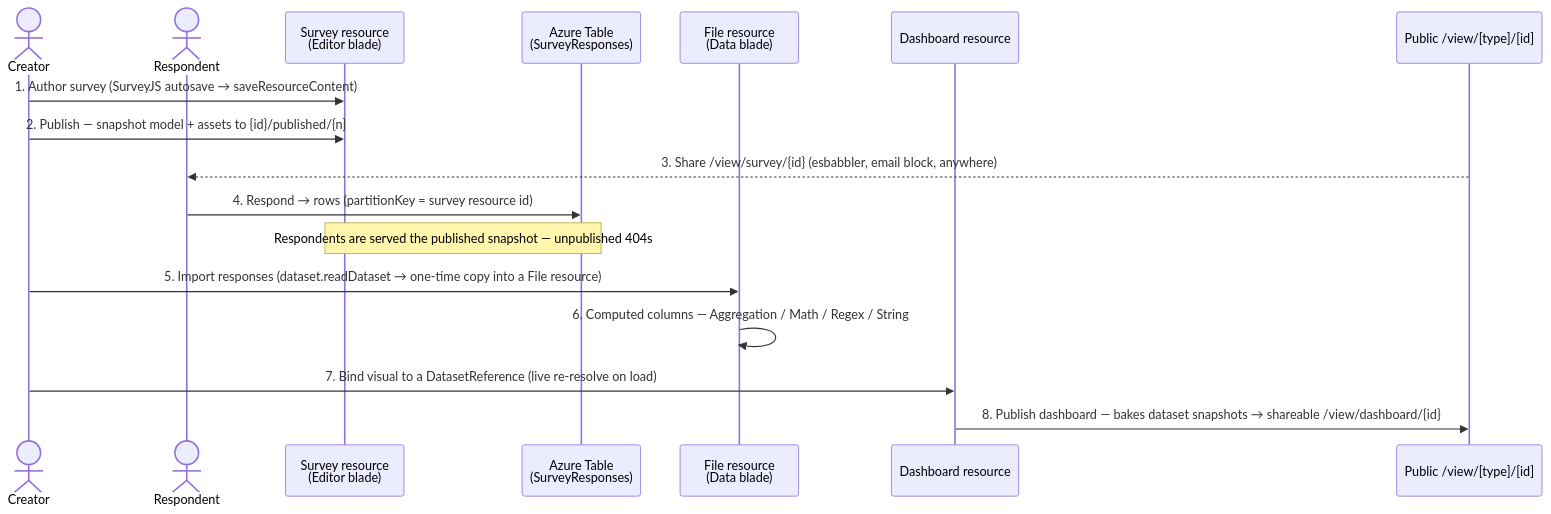
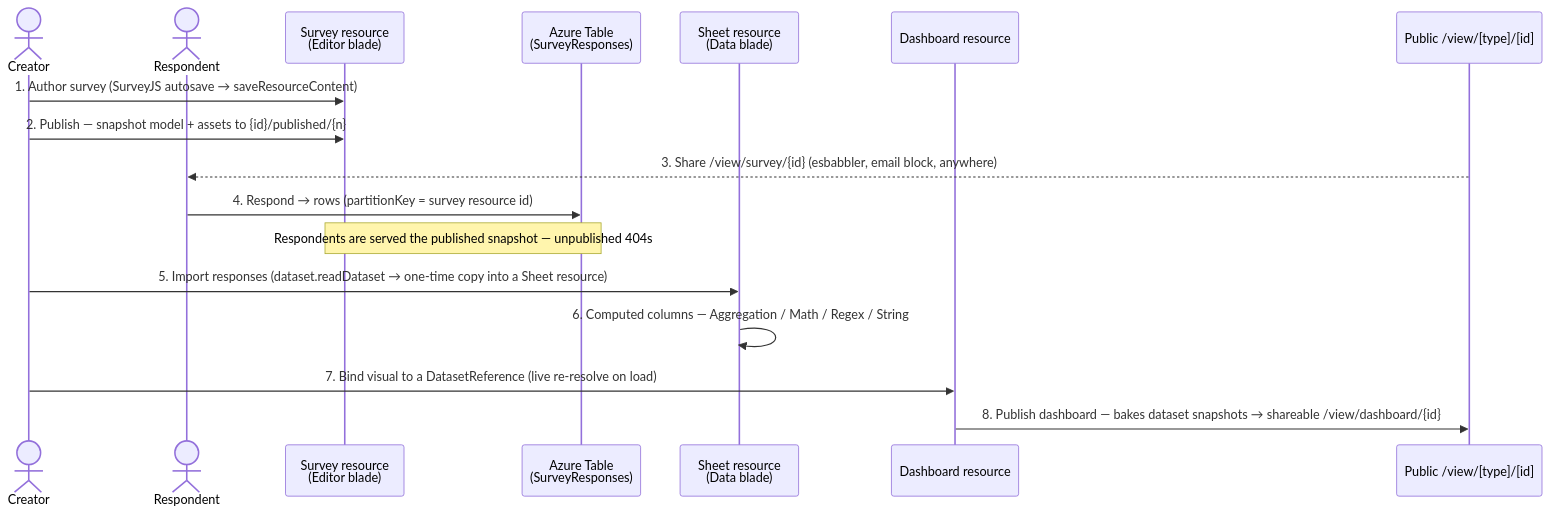
One commit to Esposter/Esposter changed the second of 2 diagrams in packages/app/content/docs/architecture/platform.md. Above: the diagram before and after it, drawn with Mermaid. The commit also changed other lines of this file and 31 other files, not shown here.

````diff
--- a/packages/app/content/docs/architecture/platform.md
+++ b/packages/app/content/docs/architecture/platform.md
@@ -65,20 +65,20 @@
 ```mermaid
 sequenceDiagram
   actor Creator
   actor Respondent
   participant SV as Survey resource<br/>(Editor blade)
   participant AT as Azure Table<br/>(SurveyResponses)
-  participant FI as File resource<br/>(Data blade)
+  participant FI as Sheet resource<br/>(Data blade)
   participant DB as Dashboard resource
   participant PUB as Public /view/[type]/[id]
 
   Creator->>SV: 1. Author survey (SurveyJS autosave → saveResourceContent)
   Creator->>SV: 2. Publish — snapshot model + assets to {id}/published/{n}
   PUB-->>Respondent: 3. Share /view/survey/{id} (esbabbler, email block, anywhere)
   Respondent->>AT: 4. Respond → rows (partitionKey = survey resource id)
   Note over SV,AT: Respondents are served the published snapshot — unpublished 404s
-  Creator->>FI: 5. Import responses (dataset.readDataset → one-time copy into a File resource)
+  Creator->>FI: 5. Import responses (dataset.readDataset → one-time copy into a Sheet resource)
   FI->>FI: 6. Computed columns — Aggregation / Math / Regex / String
   Creator->>DB: 7. Bind visual to a DatasetReference (live re-resolve on load)
   DB->>PUB: 8. Publish dashboard — bakes dataset snapshots → shareable /view/dashboard/{id}
 ```
````
